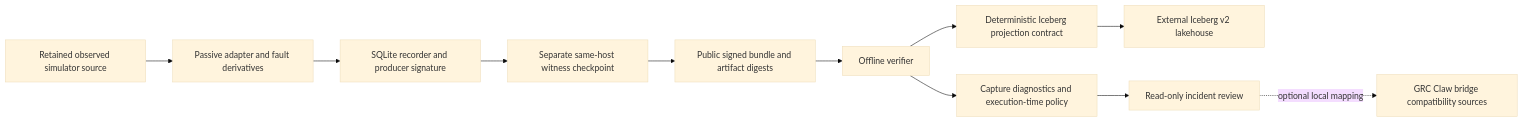
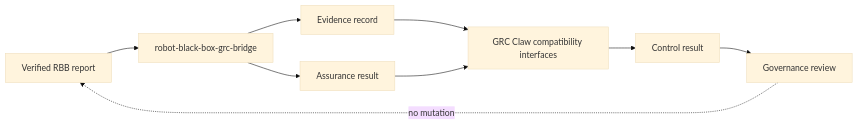
One commit to AAH20/robot-black-box changed the ninth of 13 diagrams in ARCHITECTURE.md. Above: the diagram before and after it, drawn with Mermaid (base theme). The commit also changed other lines of this file and 1 other file, not shown here.

Commit message:
Document comprehensive system architecture

````diff
--- a/ARCHITECTURE.md
+++ b/ARCHITECTURE.md
@@ -3,13 +314,12 @@
 ```mermaid
 flowchart LR
-  S[Retained observed simulator source] --> A[Passive adapter and fault derivatives]
-  A --> R[SQLite recorder and producer signature]
-  R --> W[Separate same-host witness checkpoint]
-  W --> B[Public signed bundle and artifact digests]
-  B --> V[Offline verifier]
-  V --> Q[Capture diagnostics and execution-time policy]
-  V --> D[Deterministic Iceberg projection contract]
-  D --> L[External Iceberg v2 lakehouse]
-  Q --> I[Read-only incident review]
-  I -. optional local mapping .-> G[GRC Claw bridge compatibility sources]
+  V[Verified RBB report] --> B[robot-black-box-grc-bridge]
+  B --> ER[Evidence record]
+  B --> AR[Assurance result]
+  ER --> GC[GRC Claw compatibility interfaces]
+  AR --> GC
+  GC --> CR[Control result]
+  CR --> AUDIT[Governance review]
+
+  AUDIT -. no mutation .-> V
 ```
````
